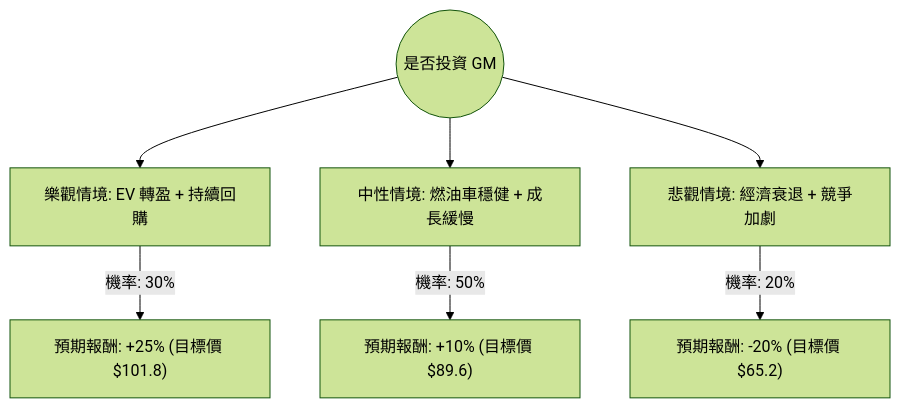
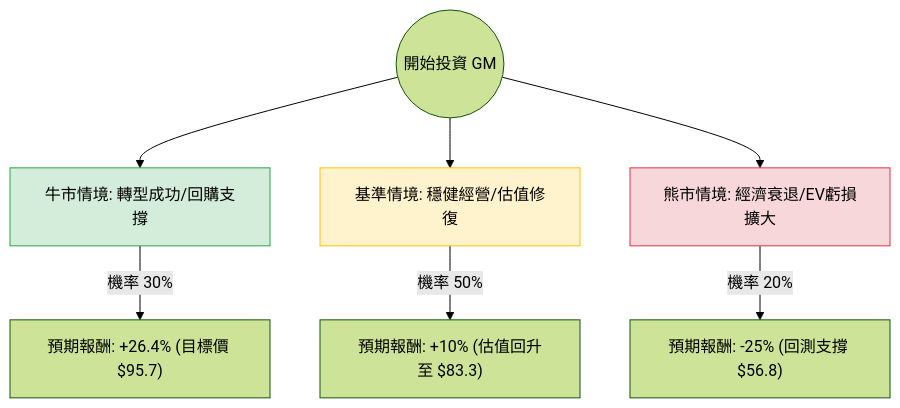
One commit to zmcx16/zmcx16.github.io changed the diagram in plugin-react/ai-analysis/ev-analysis/GM.md. Above: the diagram before and after it, drawn with Mermaid (forest theme). The commit also changed other lines of this file and 80 other files, not shown here.

````diff
--- a/plugin-react/ai-analysis/ev-analysis/GM.md
+++ b/plugin-react/ai-analysis/ev-analysis/GM.md
@@ -24,10 +21,14 @@
 ```mermaid
 graph TD
-    Start((是否投資 GM)) --> Bull[樂觀情境: EV 轉盈 + 持續回購]
-    Start --> Base[中性情境: 燃油車穩健 + 成長緩慢]
-    Start --> Bear[悲觀情境: 經濟衰退 + 競爭加劇]
+    Start((開始投資 GM)) --> Bull[牛市情境: 轉型成功/回購支撐]
+    Start --> Base[基準情境: 穩健經營/估值修復]
+    Start --> Bear[熊市情境: 經濟衰退/EV虧損擴大]
 
-    Bull -- "機率: 30%" --> BullResult["預期報酬: +25% (目標價 $101.8)"]
-    Base -- "機率: 50%" --> BaseResult["預期報酬: +10% (目標價 $89.6)"]
-    Bear -- "機率: 20%" --> BearResult["預期報酬: -20% (目標價 $65.2)"]
+    Bull -- "機率 30%" --> BullVal["預期報酬: +26.4% (目標價 $95.7)"]
+    Base -- "機率 50%" --> BaseVal["預期報酬: +10% (估值回升至 $83.3)"]
+    Bear -- "機率 20%" --> BearVal["預期報酬: -25% (回測支撐 $56.8)"]
+
+    style Bull fill:#d4edda,stroke:#28a745
+    style Base fill:#fff3cd,stroke:#ffc107
+    style Bear fill:#f8d7da,stroke:#dc3545
 ```
````
